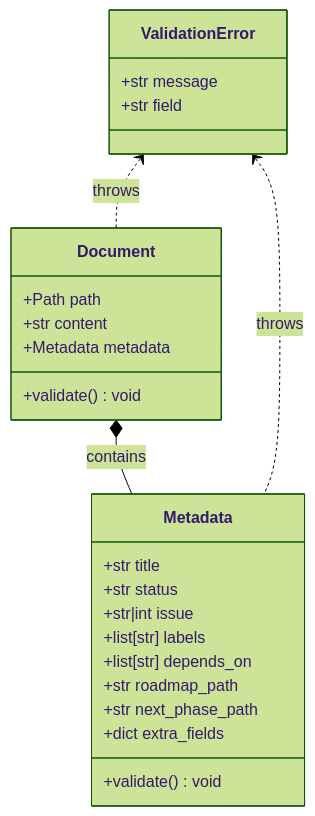
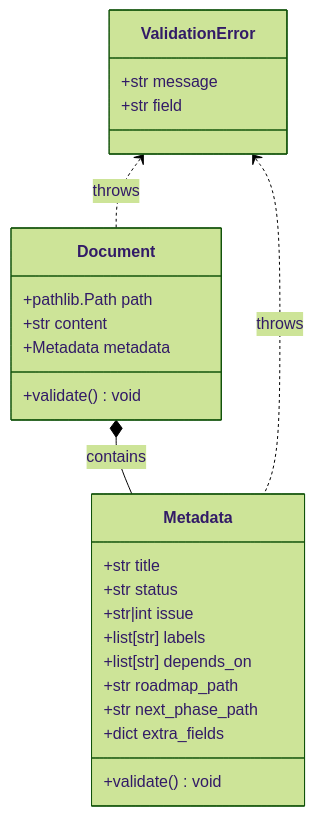
One commit to masa-codehub/issue_creator_kit changed the diagram in docs/specs/data/document_model.md. Above: the diagram before and after it, drawn with Mermaid (forest theme). The commit also changed other lines of this file and 1 other file, not shown here.

````diff
--- a/docs/specs/data/document_model.md
+++ b/docs/specs/data/document_model.md
@@ -16,28 +16,28 @@
 ```mermaid
 classDiagram
     class Document {
-        +Path path
+        +pathlib.Path path
         +str content
         +Metadata metadata
         +validate() void
     }
     class Metadata {
         +str title
         +str status
         +str|int issue
         +list[str] labels
         +list[str] depends_on
         +str roadmap_path
         +str next_phase_path
         +dict extra_fields
         +validate() void
     }
     class ValidationError {
         +str message
         +str field
     }
 
     Document *-- Metadata : contains
     ValidationError <.. Document : throws
     ValidationError <.. Metadata : throws
 ```
````
